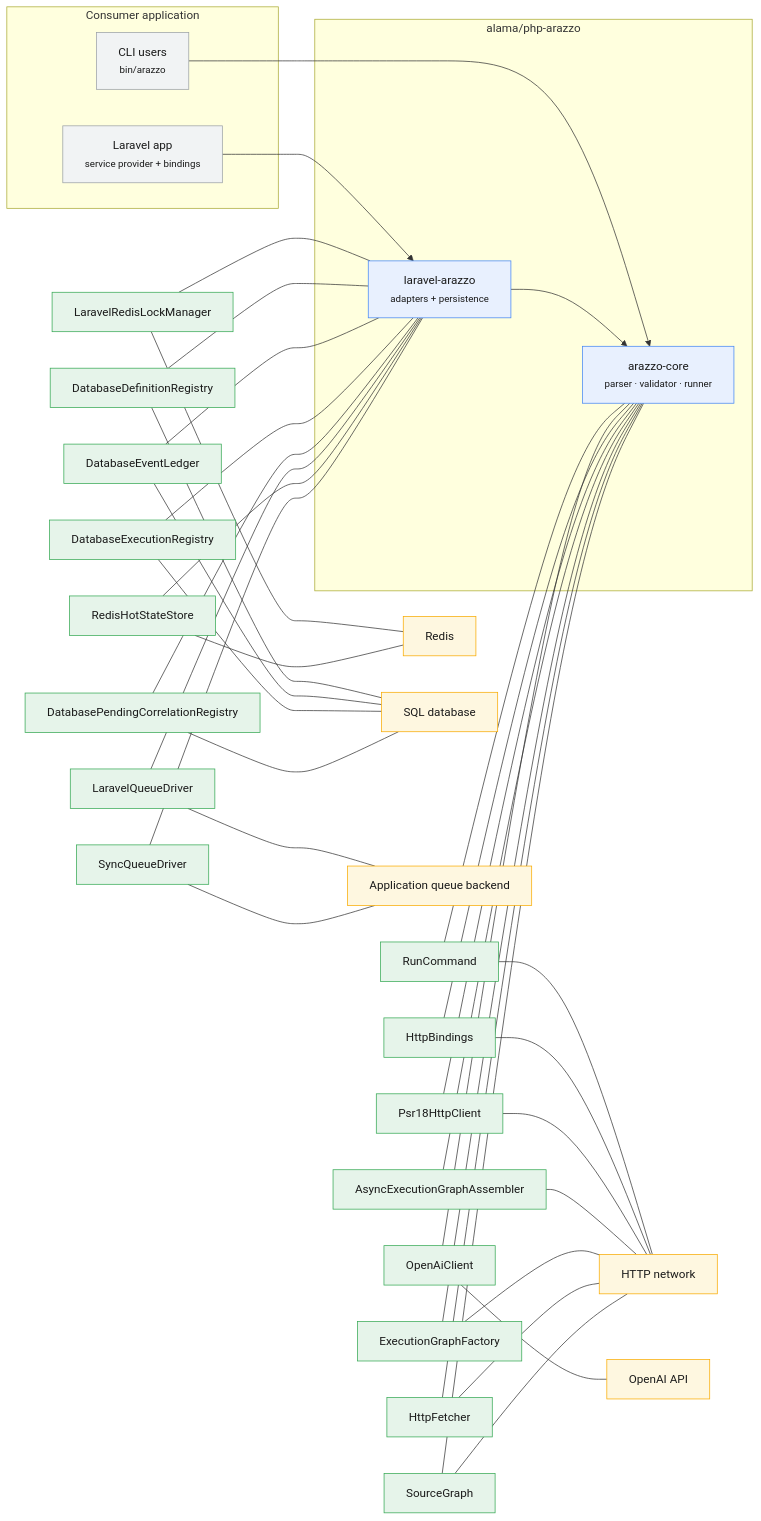
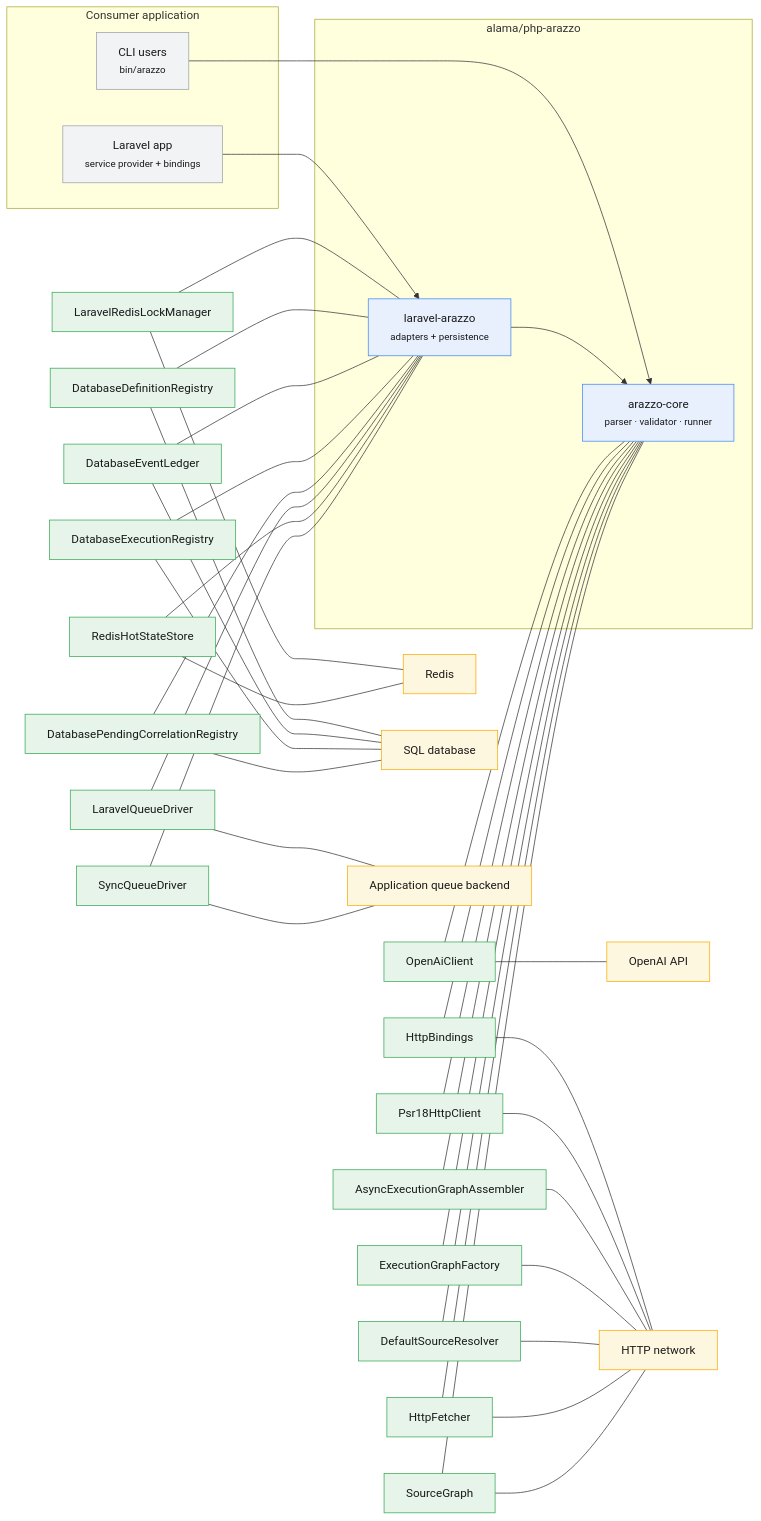
Before and after one commit to Mohammed-Alama/php-arazzo: the diagram in docs/generated/integration-context.md, drawn with Mermaid. The commit also changed 18 other files, not shown here.

First line of the commit message:
feat(sources): move default fetcher construction into DefaultSourceResolver

````diff
--- a/docs/generated/integration-context.md
+++ b/docs/generated/integration-context.md
@@ -12,71 +12,71 @@
 ```mermaid
 flowchart LR
     subgraph Host["Consumer application"]
         LARAVEL["Laravel app<br/><small>service provider + bindings</small>"]:::host
         CLI["CLI users<br/><small>bin/arazzo</small>"]:::host
     end
     subgraph Package["alama/php-arazzo"]
         CORE["arazzo-core<br/><small>parser · validator · runner</small>"]:::package
         BRIDGE["laravel-arazzo<br/><small>adapters + persistence</small>"]:::package
         CLI --> CORE
         LARAVEL --> BRIDGE
         BRIDGE --> CORE
     end
         A_Alama_Arazzo_Laravel_Lock_LaravelRedisLockManager["LaravelRedisLockManager"]:::adapter
         A_Alama_Arazzo_Laravel_Lock_LaravelRedisLockManager --- BRIDGE
         A_Alama_Arazzo_Laravel_Lock_LaravelRedisLockManager --- redis
         A_Alama_Arazzo_Laravel_Persistence_DatabaseDefinitionRegistry["DatabaseDefinitionRegistry"]:::adapter
         A_Alama_Arazzo_Laravel_Persistence_DatabaseDefinitionRegistry --- BRIDGE
         A_Alama_Arazzo_Laravel_Persistence_DatabaseDefinitionRegistry --- sql
         A_Alama_Arazzo_Laravel_Persistence_DatabaseEventLedger["DatabaseEventLedger"]:::adapter
         A_Alama_Arazzo_Laravel_Persistence_DatabaseEventLedger --- BRIDGE
         A_Alama_Arazzo_Laravel_Persistence_DatabaseEventLedger --- sql
         A_Alama_Arazzo_Laravel_Persistence_DatabaseExecutionRegistry["DatabaseExecutionRegistry"]:::adapter
         A_Alama_Arazzo_Laravel_Persistence_DatabaseExecutionRegistry --- BRIDGE
         A_Alama_Arazzo_Laravel_Persistence_DatabaseExecutionRegistry --- sql
         A_Alama_Arazzo_Laravel_Persistence_DatabasePendingCorrelationRegistry["DatabasePendingCorrelationRegistry"]:::adapter
         A_Alama_Arazzo_Laravel_Persistence_DatabasePendingCorrelationRegistry --- BRIDGE
         A_Alama_Arazzo_Laravel_Persistence_DatabasePendingCorrelationRegistry --- sql
         A_Alama_Arazzo_Laravel_Queue_LaravelQueueDriver["LaravelQueueDriver"]:::adapter
         A_Alama_Arazzo_Laravel_Queue_LaravelQueueDriver --- BRIDGE
         A_Alama_Arazzo_Laravel_Queue_LaravelQueueDriver --- queue
         A_Alama_Arazzo_Laravel_State_RedisHotStateStore["RedisHotStateStore"]:::adapter
         A_Alama_Arazzo_Laravel_State_RedisHotStateStore --- BRIDGE
         A_Alama_Arazzo_Laravel_State_RedisHotStateStore --- redis
         A_Alama_Arazzo_Runner_Execution_SyncQueueDriver["SyncQueueDriver"]:::adapter
         A_Alama_Arazzo_Runner_Execution_SyncQueueDriver --- BRIDGE
         A_Alama_Arazzo_Runner_Execution_SyncQueueDriver --- queue
-        A_Alama_Arazzo_Cli_Console_Command_RunCommand["RunCommand"]:::adapter
-        A_Alama_Arazzo_Cli_Console_Command_RunCommand --- CORE
-        A_Alama_Arazzo_Cli_Console_Command_RunCommand --- net
         A_Alama_Arazzo_Cli_Generator_Clients_OpenAiClient["OpenAiClient"]:::adapter
         A_Alama_Arazzo_Cli_Generator_Clients_OpenAiClient --- CORE
         A_Alama_Arazzo_Cli_Generator_Clients_OpenAiClient --- openai
         A_Alama_Arazzo_Laravel_Bindings_HttpBindings["HttpBindings"]:::adapter
         A_Alama_Arazzo_Laravel_Bindings_HttpBindings --- CORE
         A_Alama_Arazzo_Laravel_Bindings_HttpBindings --- net
         A_Alama_Arazzo_Laravel_Http_Psr18HttpClient["Psr18HttpClient"]:::adapter
         A_Alama_Arazzo_Laravel_Http_Psr18HttpClient --- CORE
         A_Alama_Arazzo_Laravel_Http_Psr18HttpClient --- net
         A_Alama_Arazzo_Runner_Execution_AsyncExecutionGraphAssembler["AsyncExecutionGraphAssembler"]:::adapter
         A_Alama_Arazzo_Runner_Execution_AsyncExecutionGraphAssembler --- CORE
         A_Alama_Arazzo_Runner_Execution_AsyncExecutionGraphAssembler --- net
         A_Alama_Arazzo_Runner_Execution_ExecutionGraphFactory["ExecutionGraphFactory"]:::adapter
         A_Alama_Arazzo_Runner_Execution_ExecutionGraphFactory --- CORE
         A_Alama_Arazzo_Runner_Execution_ExecutionGraphFactory --- net
+        A_Alama_Arazzo_Sources_Resolver_DefaultSourceResolver["DefaultSourceResolver"]:::adapter
+        A_Alama_Arazzo_Sources_Resolver_DefaultSourceResolver --- CORE
+        A_Alama_Arazzo_Sources_Resolver_DefaultSourceResolver --- net
         A_Alama_Arazzo_Sources_Resolver_Fetchers_HttpFetcher["HttpFetcher"]:::adapter
         A_Alama_Arazzo_Sources_Resolver_Fetchers_HttpFetcher --- CORE
         A_Alama_Arazzo_Sources_Resolver_Fetchers_HttpFetcher --- net
         A_Alama_Arazzo_Sources_SourceGraph["SourceGraph"]:::adapter
         A_Alama_Arazzo_Sources_SourceGraph --- CORE
         A_Alama_Arazzo_Sources_SourceGraph --- net
     net["HTTP network"]:::system
     openai["OpenAI API"]:::system
     queue["Application queue backend"]:::system
     redis["Redis"]:::system
     sql["SQL database"]:::system
     classDef host fill:#f1f3f4,stroke:#9aa0a6,color:#1a1a1a;
     classDef package fill:#e8f0fe,stroke:#4285f4,color:#1a1a1a;
     classDef adapter fill:#e6f4ea,stroke:#34a853,color:#1a1a1a;
     classDef system fill:#fef7e0,stroke:#f9ab00,color:#1a1a1a;
 ```
````
